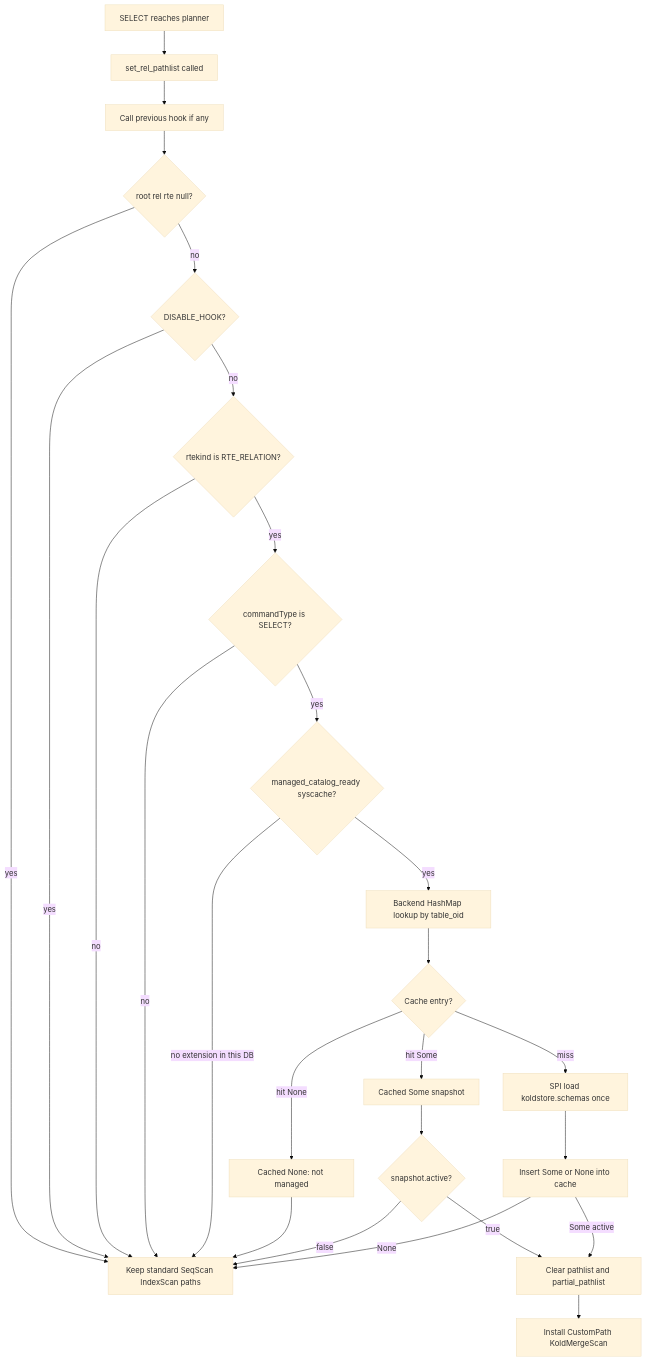
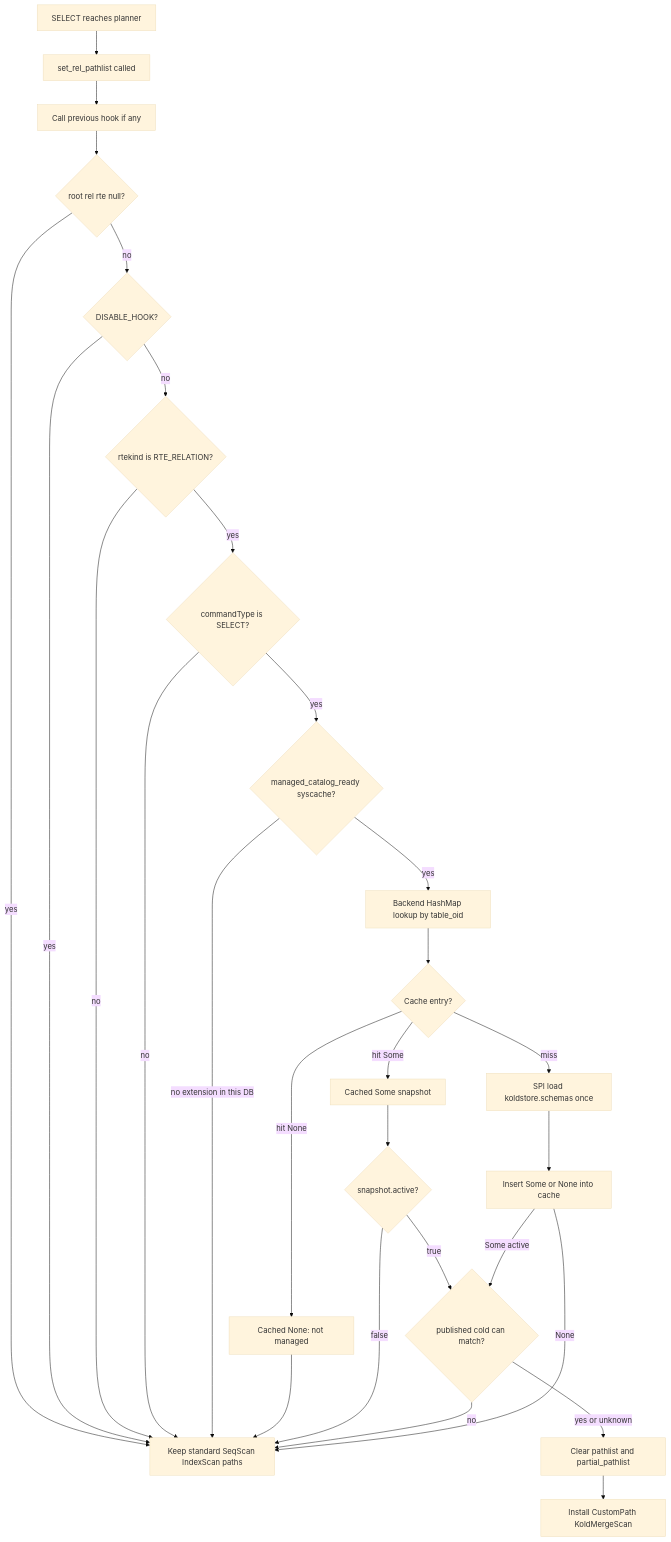
One commit to kalamdb/koldstore changed the second of 3 diagrams in docs/architecture/scanning-table.md. Above: the diagram before and after it, drawn with Mermaid (base theme). The commit also changed other lines of this file and 124 other files, not shown here.

````diff
--- a/docs/architecture/scanning-table.md
+++ b/docs/architecture/scanning-table.md
@@ -104,40 +112,42 @@
 ```mermaid
 flowchart TD
   select[SELECT reaches planner]
   hook[set_rel_pathlist called]
   prev[Call previous hook if any]
   nulls{root rel rte null?}
   disabled{DISABLE_HOOK?}
   rteKind{rtekind is RTE_RELATION?}
   cmd{commandType is SELECT?}
   dbReady{managed_catalog_ready syscache?}
   cacheGet[Backend HashMap lookup by table_oid]
   cacheHit{Cache entry?}
   absent[Cached None: not managed]
   present[Cached Some snapshot]
   active{snapshot.active?}
   spiMiss[SPI load koldstore.schemas once]
   store[Insert Some or None into cache]
   heap[Keep standard SeqScan IndexScan paths]
   inject[Clear pathlist and partial_pathlist]
   custom[Install CustomPath KoldMergeScan]
 
   select --> hook --> prev --> nulls
   nulls -->|yes| heap
   nulls -->|no| disabled
   disabled -->|yes| heap
   disabled -->|no| rteKind
   rteKind -->|no| heap
   rteKind -->|yes| cmd
   cmd -->|no| heap
   cmd -->|yes| dbReady
   dbReady -->|no extension in this DB| heap
   dbReady -->|yes| cacheGet --> cacheHit
   cacheHit -->|hit None| absent --> heap
   cacheHit -->|hit Some| present --> active
   active -->|false| heap
-  active -->|true| inject --> custom
+  active -->|true| coldState{published cold can match?}
+  coldState -->|no| heap
+  coldState -->|yes or unknown| inject --> custom
   cacheHit -->|miss| spiMiss --> store
   store -->|None| heap
-  store -->|Some active| inject
+  store -->|Some active| coldState
 ```
````
